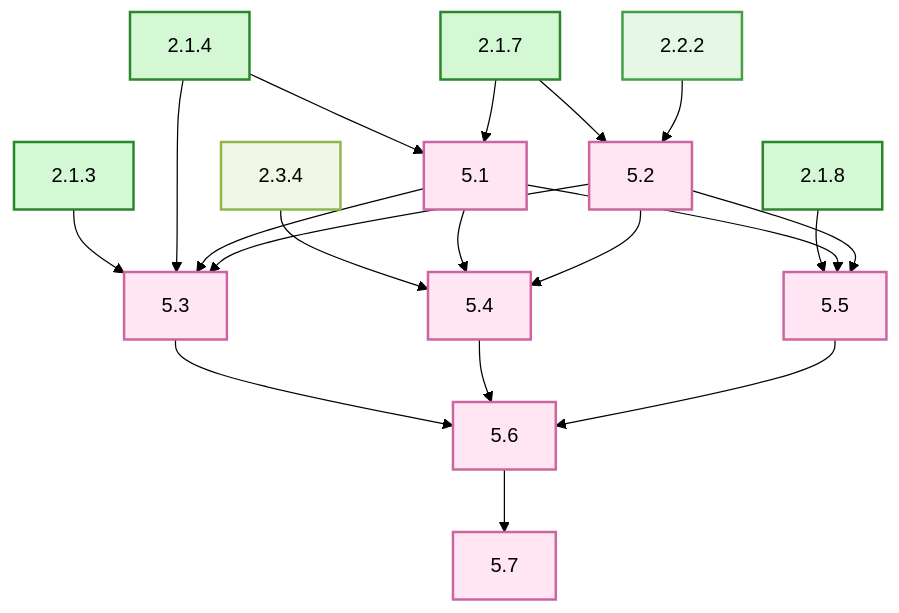
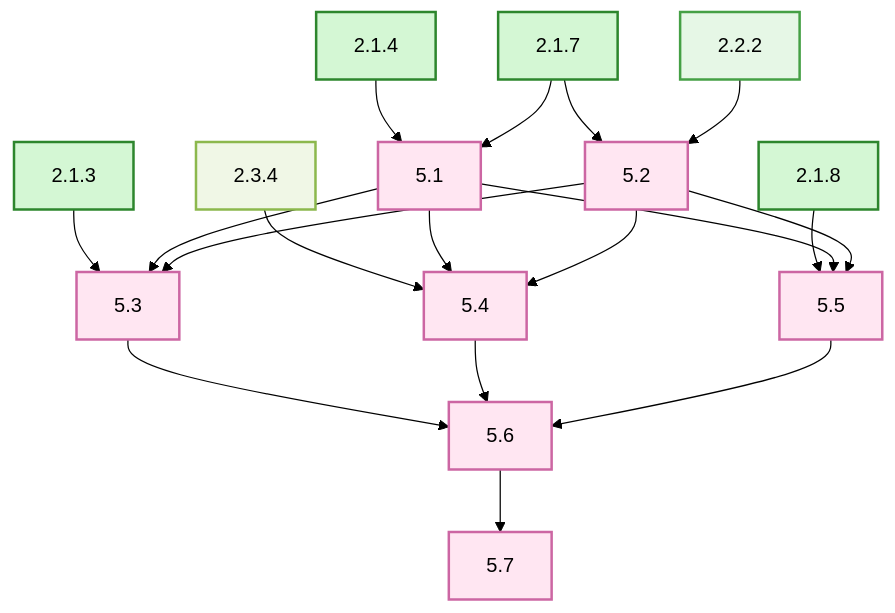
The eighth of 11 diagrams in docs/planning.md (Oldranda1414/SP2PFL-ProjectManagement), drawn with Mermaid (forest theme) before and after one commit. The commit also changed other lines of this file, not shown here.

Commit message:
add full diagram critical path

````diff
--- a/docs/planning.md
+++ b/docs/planning.md
@@ -760,44 +761,43 @@
 ```mermaid
 graph TD
     %% Activities
     2.1.3:::core
     2.1.4:::core
     2.1.7:::core
     2.1.8:::core
     2.2.2:::model
     2.3.4:::security
     5.1:::ui
     5.2:::ui
     5.3:::ui
     5.4:::ui
     5.5:::ui
     5.6:::ui
     5.7:::ui
 
     %% Dependencies
     2.1.3 --> 5.3
-    2.1.4 --> 5.3
     2.1.4 --> 5.1
     2.1.7 --> 5.1
     2.1.7 --> 5.2
     2.1.8 --> 5.5
     2.2.2 --> 5.2
     2.3.4 --> 5.4
     5.1 --> 5.3
     5.1 --> 5.4
     5.1 --> 5.5
     5.2 --> 5.3
     5.2 --> 5.4
     5.2 --> 5.5
     5.3 --> 5.6
     5.4 --> 5.6
     5.5 --> 5.6
     5.6 --> 5.7
     
     %%% UI/UX Dependencies
 
     classDef core fill:#d4f7d4,stroke:#2d862d,stroke-width:2px
     classDef model fill:#e6f7e6,stroke:#45a045,stroke-width:2px
     classDef security fill:#f0f7e6,stroke:#8cb84d,stroke-width:2px
     classDef ui fill:#ffe6f2,stroke:#cc66a3,stroke-width:2px
 ```
````
